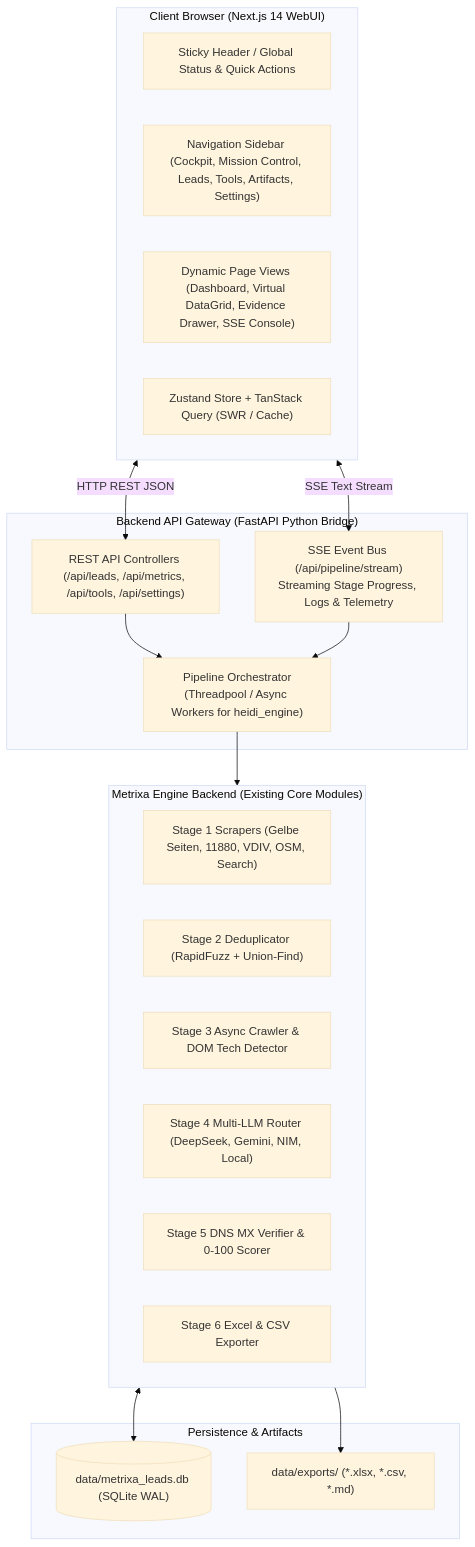
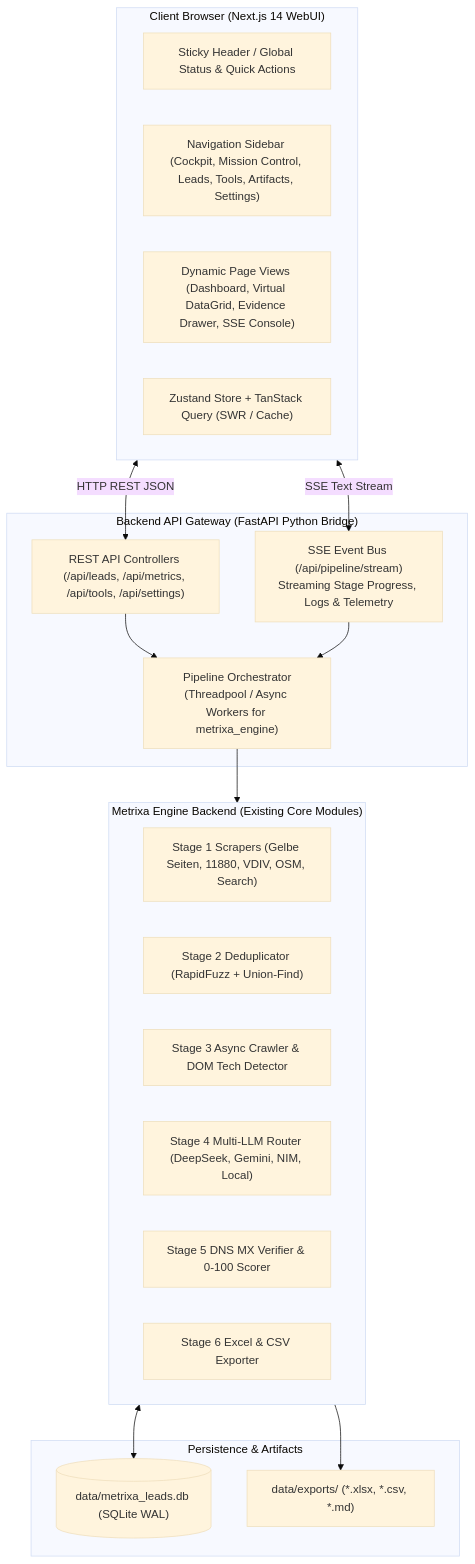
The first of 2 diagrams in docs/Web Plan/02_SYSTEM_ARCHITECTURE_AND_TECH_STACK.md (sainibhaowal/Metrixa-Systems), drawn with Mermaid (base theme) before and after one commit. The commit also changed other lines of this file and 98 other files, not shown here.

Commit message:
refactor: rename engine to metrixa_engine, update architecture diagram and purge legacy references

````diff
--- a/docs/Web Plan/02_SYSTEM_ARCHITECTURE_AND_TECH_STACK.md
+++ b/docs/Web Plan/02_SYSTEM_ARCHITECTURE_AND_TECH_STACK.md
@@ -16,36 +16,36 @@
 ```mermaid
 flowchart TB
     subgraph Browser["Client Browser (Next.js 14 WebUI)"]
         UI_TOP["Sticky Header / Global Status & Quick Actions"]
         UI_SIDE["Navigation Sidebar (Cockpit, Mission Control, Leads, Tools, Artifacts, Settings)"]
         UI_PAGES["Dynamic Page Views (Dashboard, Virtual DataGrid, Evidence Drawer, SSE Console)"]
         STATE["Zustand Store + TanStack Query (SWR / Cache)"]
     end
 
     subgraph API_Bridge["Backend API Gateway (FastAPI Python Bridge)"]
         REST["REST API Controllers (/api/leads, /api/metrics, /api/tools, /api/settings)"]
         SSE["SSE Event Bus (/api/pipeline/stream)\nStreaming Stage Progress, Logs & Telemetry"]
-        ORCH["Pipeline Orchestrator\n(Threadpool / Async Workers for heidi_engine)"]
+        ORCH["Pipeline Orchestrator\n(Threadpool / Async Workers for metrixa_engine)"]
     end
 
     subgraph Core_Engine["Metrixa Engine Backend (Existing Core Modules)"]
         SCRAPERS["Stage 1 Scrapers (Gelbe Seiten, 11880, VDIV, OSM, Search)"]
         DEDUPE["Stage 2 Deduplicator (RapidFuzz + Union-Find)"]
         CRAWLER["Stage 3 Async Crawler & DOM Tech Detector"]
         LLM["Stage 4 Multi-LLM Router (DeepSeek, Gemini, NIM, Local)"]
         ENRICH["Stage 5 DNS MX Verifier & 0-100 Scorer"]
         EXPORTER["Stage 6 Excel & CSV Exporter"]
     end
 
     subgraph Storage["Persistence & Artifacts"]
         DB[("data/metrixa_leads.db (SQLite WAL)")]
         EXPORTS["data/exports/ (*.xlsx, *.csv, *.md)"]
     end
 
     Browser <-->|HTTP REST JSON| REST
     Browser <-->|SSE Text Stream| SSE
     REST & SSE --> ORCH
     ORCH --> Core_Engine
     Core_Engine <--> DB
     Core_Engine --> EXPORTS
 ```
````
